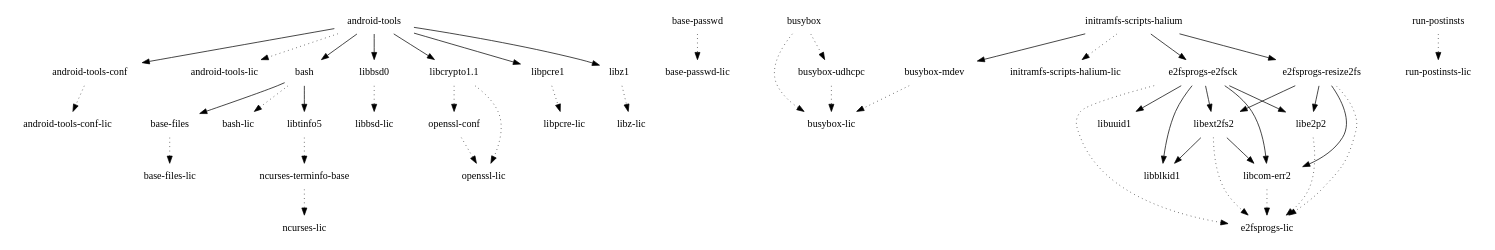
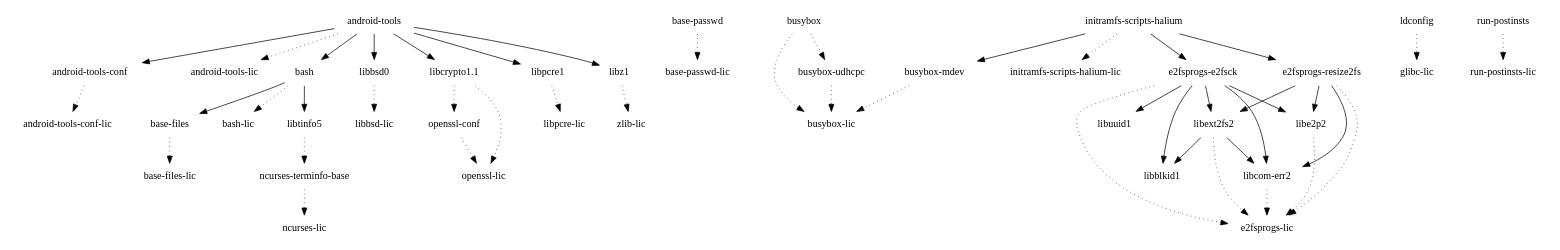
One commit to webOS-ports/buildhistory changed the diagram in images/tenderloin/glibc/initramfs-android-image/depends-nokernel-nolibc-noupdate.dot. Above: the diagram before and after it, drawn with Graphviz. The commit also changed 93 other files, not shown here.

```diff
--- a/images/tenderloin/glibc/initramfs-android-image/depends-nokernel-nolibc-noupdate.dot
+++ b/images/tenderloin/glibc/initramfs-android-image/depends-nokernel-nolibc-noupdate.dot
@@ -1,48 +1,49 @@
 digraph depends {
     node [shape=plaintext]
 "android-tools" -> "android-tools-conf"
 "android-tools" -> "android-tools-lic" [style=dotted]
 "android-tools" -> "bash"
 "android-tools-conf" -> "android-tools-conf-lic" [style=dotted]
 "android-tools" -> "libbsd0"
 "android-tools" -> "libcrypto1.1"
 "android-tools" -> "libpcre1"
 "android-tools" -> "libz1"
 "base-files" -> "base-files-lic" [style=dotted]
 "base-passwd" -> "base-passwd-lic" [style=dotted]
 "bash" -> "base-files"
 "bash" -> "bash-lic" [style=dotted]
 "bash" -> "libtinfo5"
 "busybox" -> "busybox-lic" [style=dotted]
 "busybox" -> "busybox-udhcpc" [style=dotted]
 "busybox-mdev" -> "busybox-lic" [style=dotted]
 "busybox-udhcpc" -> "busybox-lic" [style=dotted]
 "e2fsprogs-e2fsck" -> "e2fsprogs-lic" [style=dotted]
 "e2fsprogs-e2fsck" -> "libblkid1"
 "e2fsprogs-e2fsck" -> "libcom-err2"
 "e2fsprogs-e2fsck" -> "libe2p2"
 "e2fsprogs-e2fsck" -> "libext2fs2"
 "e2fsprogs-e2fsck" -> "libuuid1"
 "e2fsprogs-resize2fs" -> "e2fsprogs-lic" [style=dotted]
 "e2fsprogs-resize2fs" -> "libcom-err2"
 "e2fsprogs-resize2fs" -> "libe2p2"
 "e2fsprogs-resize2fs" -> "libext2fs2"
 "initramfs-scripts-halium" -> "busybox-mdev"
 "initramfs-scripts-halium" -> "e2fsprogs-e2fsck"
 "initramfs-scripts-halium" -> "e2fsprogs-resize2fs"
 "initramfs-scripts-halium" -> "initramfs-scripts-halium-lic" [style=dotted]
+"ldconfig" -> "glibc-lic" [style=dotted]
 "libbsd0" -> "libbsd-lic" [style=dotted]
 "libcom-err2" -> "e2fsprogs-lic" [style=dotted]
 "libcrypto1.1" -> "openssl-conf" [style=dotted]
 "libcrypto1.1" -> "openssl-lic" [style=dotted]
 "libe2p2" -> "e2fsprogs-lic" [style=dotted]
 "libext2fs2" -> "e2fsprogs-lic" [style=dotted]
 "libext2fs2" -> "libblkid1"
 "libext2fs2" -> "libcom-err2"
 "libpcre1" -> "libpcre-lic" [style=dotted]
 "libtinfo5" -> "ncurses-terminfo-base" [style=dotted]
-"libz1" -> "libz-lic" [style=dotted]
+"libz1" -> "zlib-lic" [style=dotted]
 "ncurses-terminfo-base" -> "ncurses-lic" [style=dotted]
 "openssl-conf" -> "openssl-lic" [style=dotted]
 "run-postinsts" -> "run-postinsts-lic" [style=dotted]
 }
```
